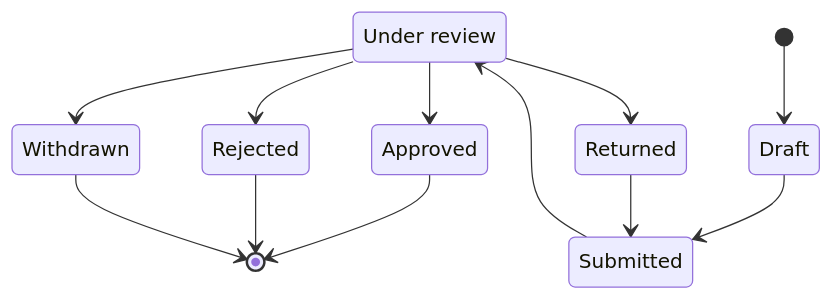
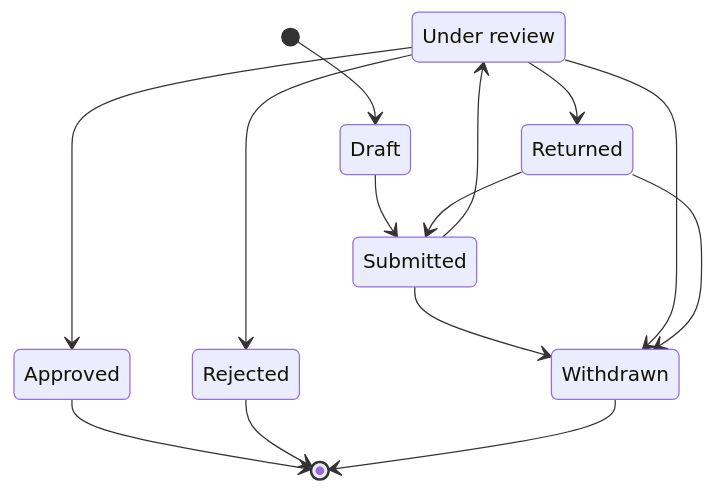
Before and after one commit to SPM-T6-Pygmies/spm-212-t6-brain: the diagram in wiki/domain/event-request.md, drawn with Mermaid. The commit also changed other lines of this file and 1 other file, not shown here.

````diff
--- a/wiki/domain/event-request.md
+++ b/wiki/domain/event-request.md
@@ -49,15 +49,17 @@
 ```mermaid
 stateDiagram-v2
     state "Under review" as UnderReview
     [*] --> Draft
     Draft --> Submitted
     Submitted --> UnderReview
     UnderReview --> Approved
     UnderReview --> Rejected
     UnderReview --> Returned
+    Submitted --> Withdrawn
     UnderReview --> Withdrawn
+    Returned --> Withdrawn
     Returned --> Submitted
     Approved --> [*]
     Rejected --> [*]
     Withdrawn --> [*]
 ```
````
